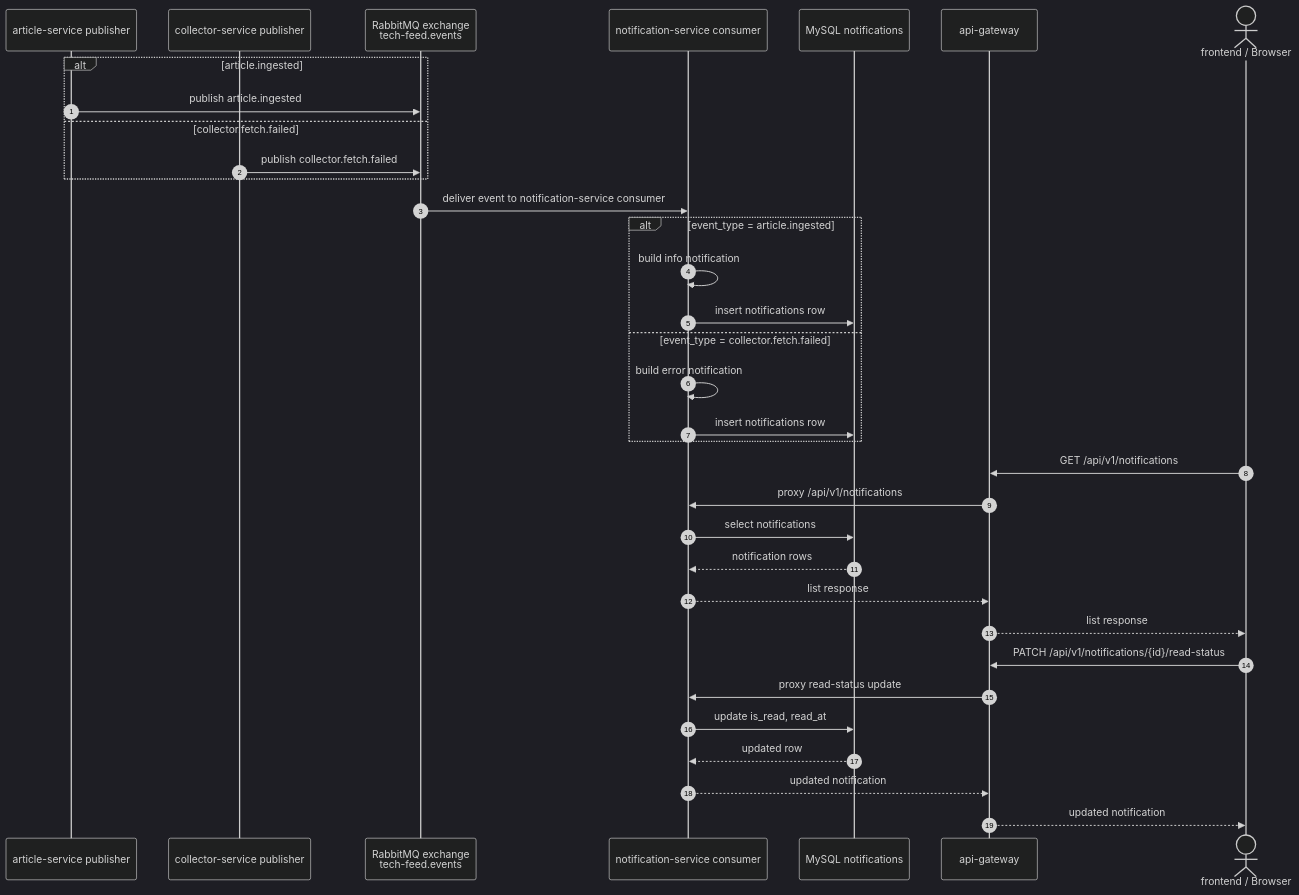
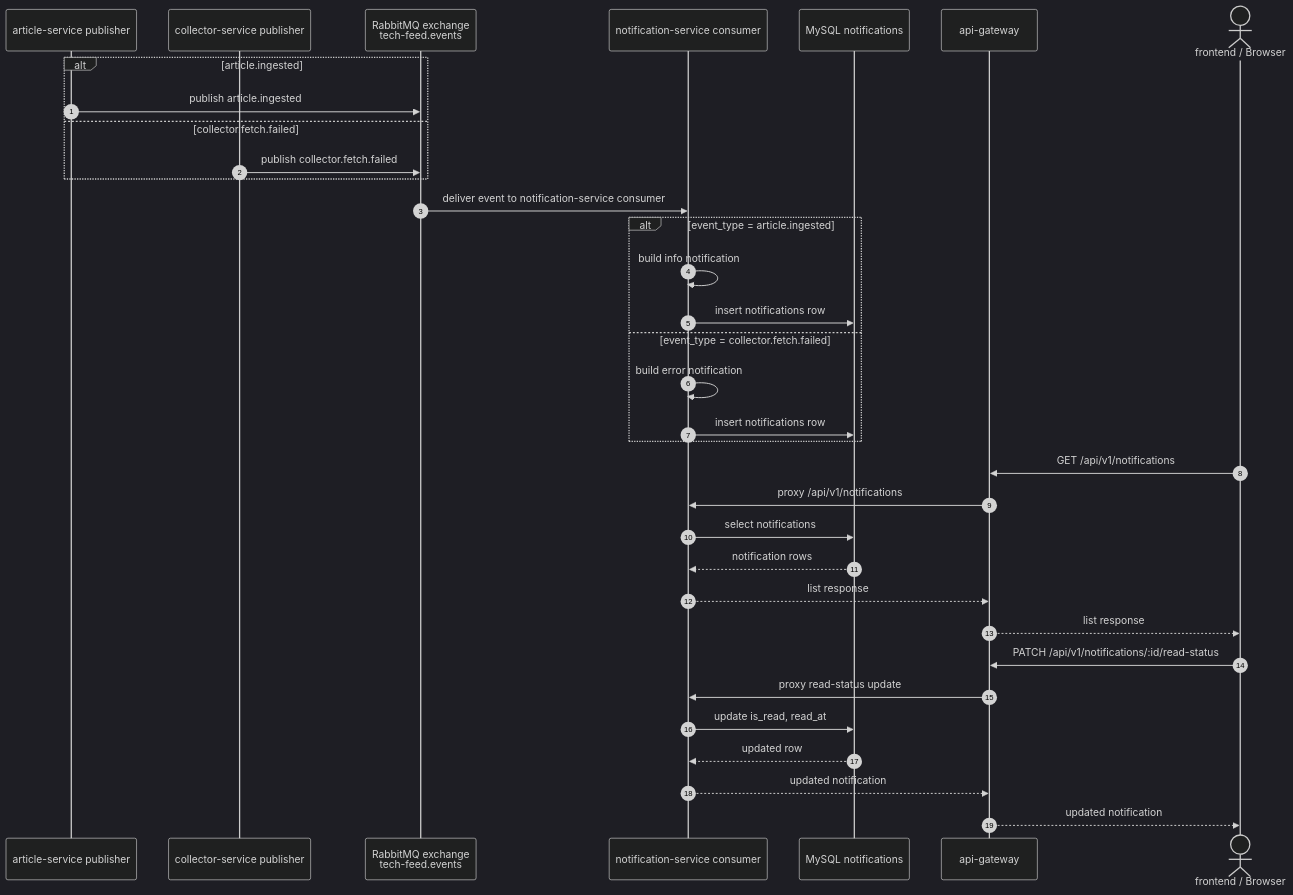
The diagram in docs/diagrams/notification-generation-flow.md (syuhei0519/tech-news-hub), drawn with Mermaid (dark theme) before and after one commit. The commit also changed 2 other files, not shown here.

Commit message:
docs: Mermaid パースエラーを修正

````diff
--- a/docs/diagrams/notification-generation-flow.md
+++ b/docs/diagrams/notification-generation-flow.md
@@ -6,41 +6,41 @@
 ```mermaid
 sequenceDiagram
   autonumber
   participant A as article-service publisher
   participant C as collector-service publisher
   participant MQ as RabbitMQ exchange<br/>tech-feed.events
   participant N as notification-service consumer
   participant DB as MySQL notifications
   participant G as api-gateway
   actor F as frontend / Browser
 
   alt article.ingested
     A->>MQ: publish article.ingested
   else collector.fetch.failed
     C->>MQ: publish collector.fetch.failed
   end
 
   MQ->>N: deliver event to notification-service consumer
 
   alt event_type = article.ingested
     N->>N: build info notification
     N->>DB: insert notifications row
   else event_type = collector.fetch.failed
     N->>N: build error notification
     N->>DB: insert notifications row
   end
 
   F->>G: GET /api/v1/notifications
   G->>N: proxy /api/v1/notifications
   N->>DB: select notifications
   DB-->>N: notification rows
   N-->>G: list response
   G-->>F: list response
 
-  F->>G: PATCH /api/v1/notifications/{id}/read-status
+  F->>G: PATCH /api/v1/notifications/:id/read-status
   G->>N: proxy read-status update
   N->>DB: update is_read, read_at
   DB-->>N: updated row
   N-->>G: updated notification
   G-->>F: updated notification
 ```
````
